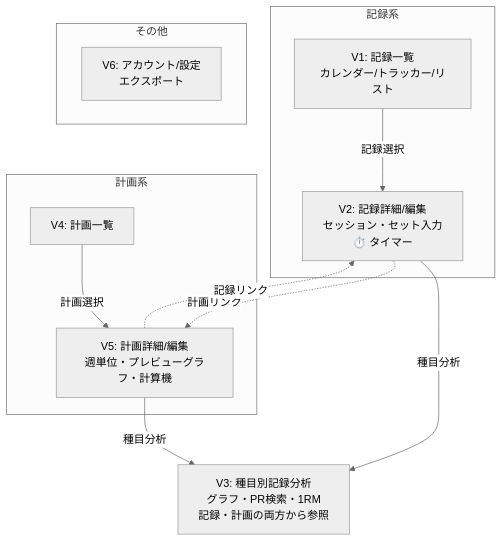
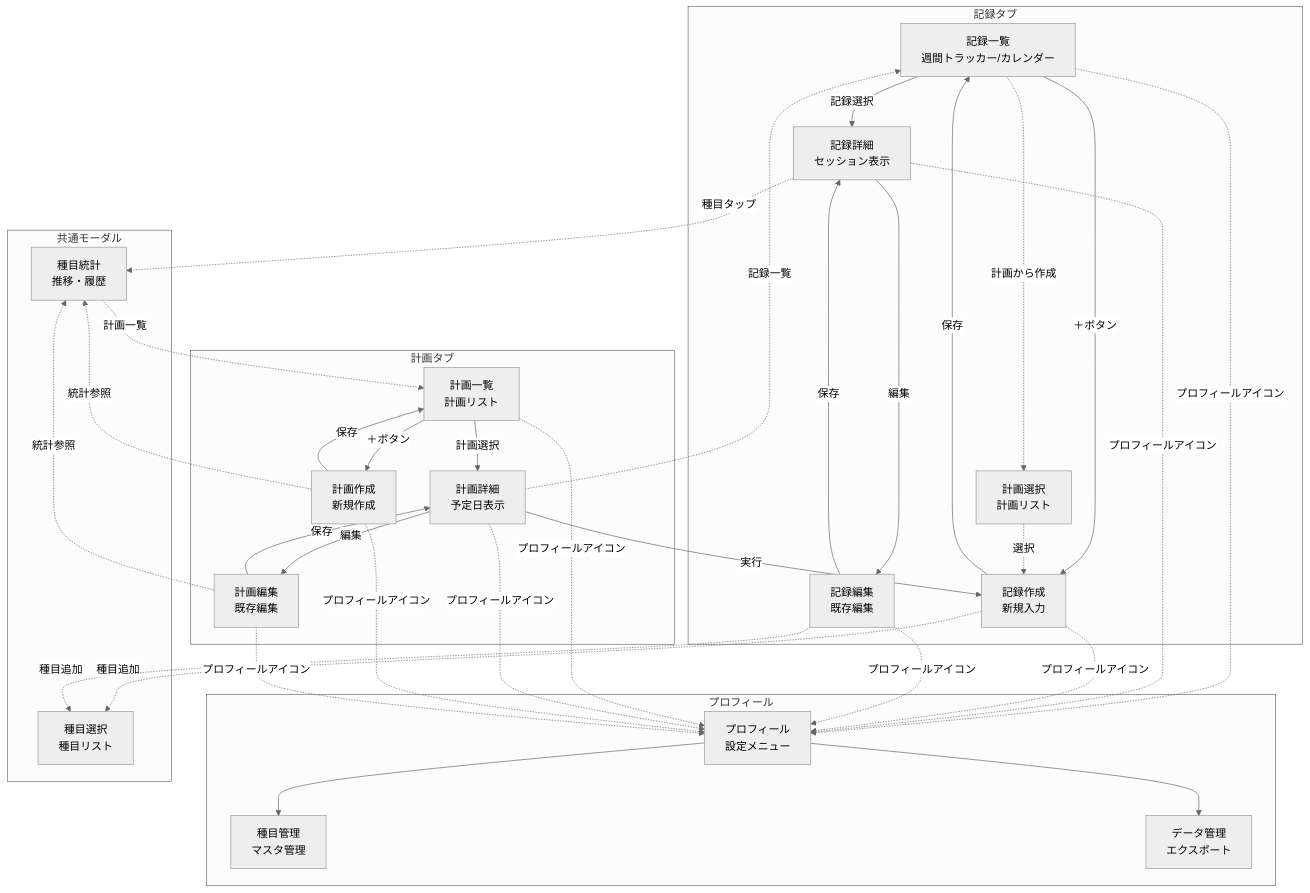
The diagram in docs/model-based-ui-design/specs/04-frame-structure.md (gn-t-k/next-lift), drawn with Mermaid (neutral theme) before and after one commit. The commit also changed other lines of this file and 1 other file, not shown here.

````diff
--- a/docs/model-based-ui-design/specs/04-frame-structure.md
+++ b/docs/model-based-ui-design/specs/04-frame-structure.md
@@ -120,25 +164,55 @@
 ```mermaid
-graph TB
-    subgraph 記録系
-        V1[V1: 記録一覧<br/>カレンダー/トラッカー/リスト]
-        V2[V2: 記録詳細/編集<br/>セッション・セット入力<br/>⏱️ タイマー]
+flowchart TB
+    subgraph "記録タブ"
+        V1[記録一覧<br/>週間トラッカー/カレンダー]
+        V2[記録詳細<br/>セッション表示]
+        V4[記録作成<br/>新規入力]
+        V5[記録編集<br/>既存編集]
+
+        V1 -->|記録選択| V2
+        V1 -->|＋ボタン| V4
+        V1 -.->|計画から作成| V16
+        V2 -->|編集| V5
+        V4 -->|保存| V1
+        V5 -->|保存| V2
     end
 
-    subgraph 計画系
-        V4[V4: 計画一覧]
-        V5[V5: 計画詳細/編集<br/>週単位・プレビューグラフ・計算機]
+    subgraph "計画タブ"
+        V7[計画一覧<br/>計画リスト]
+        V8[計画詳細<br/>予定日表示]
+        V9[計画作成<br/>新規作成]
+        V10[計画編集<br/>既存編集]
+
+        V7 -->|計画選択| V8
+        V7 -->|＋ボタン| V9
+        V8 -->|編集| V10
+        V8 -->|実行| V4
+        V8 -.->|記録一覧| V1
+        V9 -->|保存| V7
+        V10 -->|保存| V8
     end
 
-    V3[V3: 種目別記録分析<br/>グラフ・PR検索・1RM<br/>記録・計画の両方から参照]
+    subgraph "プロフィール"
+        V12[プロフィール<br/>設定メニュー]
+        V13[種目管理<br/>マスタ管理]
+        V14[データ管理<br/>エクスポート]
 
-    subgraph その他
-        V6[V6: アカウント/設定<br/>エクスポート]
+        V12 --> V13
+        V12 --> V14
     end
 
-    V1 -->|記録選択| V2
-    V4 -->|計画選択| V5
-    V2 -->|種目分析| V3
-    V5 -->|種目分析| V3
-    V2 -.計画リンク.-> V5
-    V5 -.記録リンク.-> V2
+    subgraph "共通モーダル"
+        V3[種目統計<br/>推移・履歴]
+        V15[種目選択<br/>種目リスト]
+        V16[計画選択<br/>計画リスト]
+    end
+
+    V1 & V2 & V4 & V5 & V7 & V8 & V9 & V10 -.->|プロフィールアイコン| V12
+    V2 -.->|種目タップ| V3
+    V3 -.->|計画一覧| V7
+    V4 -.->|種目追加| V15
+    V5 -.->|種目追加| V15
+    V9 -.->|統計参照| V3
+    V10 -.->|統計参照| V3
+    V16 -.->|選択| V4
 ```
````
